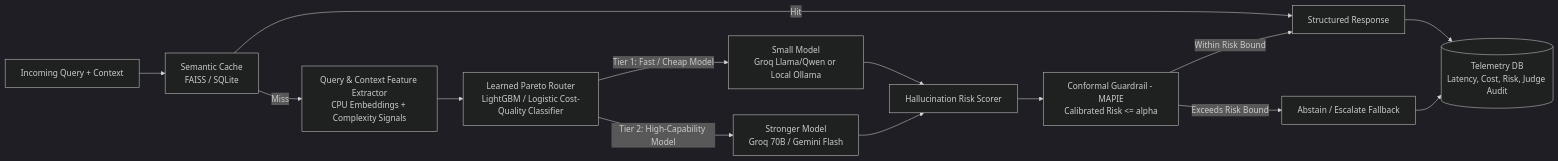
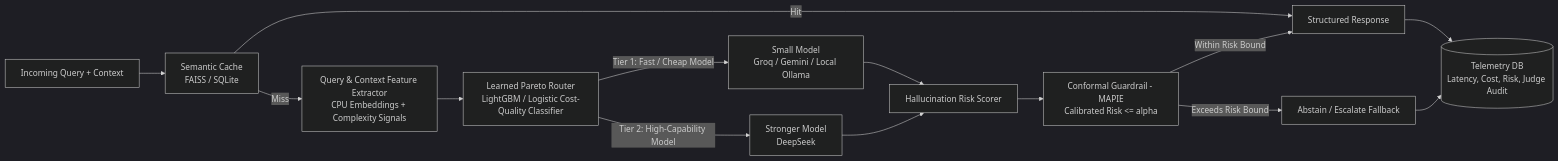
One commit to Fahmi-mi/conformal-llm-router changed the diagram in README.md. Above: the diagram before and after it, drawn with Mermaid (dark theme). The commit also changed other lines of this file and 12 other files, not shown here.

````diff
--- a/README.md
+++ b/README.md
@@ -21,16 +21,16 @@
 ```mermaid
 flowchart LR
     REQ[Incoming Query + Context] --> CACHE[Semantic Cache<br/>FAISS / SQLite]
     CACHE -->|Hit| RESP[Structured Response]
     CACHE -->|Miss| FEAT[Query & Context Feature Extractor<br/>CPU Embeddings + Complexity Signals]
     FEAT --> ROUTER[Learned Pareto Router<br/>LightGBM / Logistic Cost-Quality Classifier]
-    ROUTER -->|Tier 1: Fast / Cheap Model| LLM1[Small Model<br/>Groq Llama/Qwen or Local Ollama]
-    ROUTER -->|Tier 2: High-Capability Model| LLM2[Stronger Model<br/>Groq 70B / Gemini Flash]
+    ROUTER -->|Tier 1: Fast / Cheap Model| LLM1[Small Model<br/>Groq / Gemini / Local Ollama]
+    ROUTER -->|Tier 2: High-Capability Model| LLM2[Stronger Model<br/>DeepSeek]
     LLM1 --> RISK[Hallucination Risk Scorer]
     LLM2 --> RISK
     RISK --> CP[Conformal Guardrail - MAPIE<br/>Calibrated Risk <= alpha]
     CP -->|Within Risk Bound| RESP
     CP -->|Exceeds Risk Bound| ABSTAIN[Abstain / Escalate Fallback]
     RESP --> LOG[(Telemetry DB<br/>Latency, Cost, Risk, Judge Audit)]
     ABSTAIN --> LOG
 ```
````
